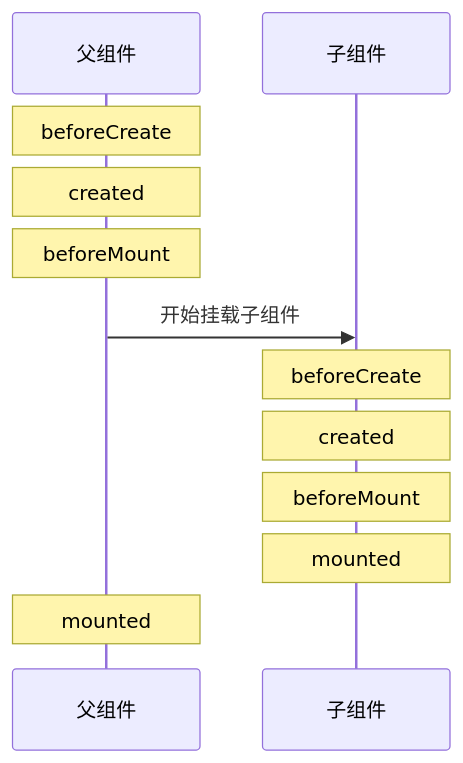
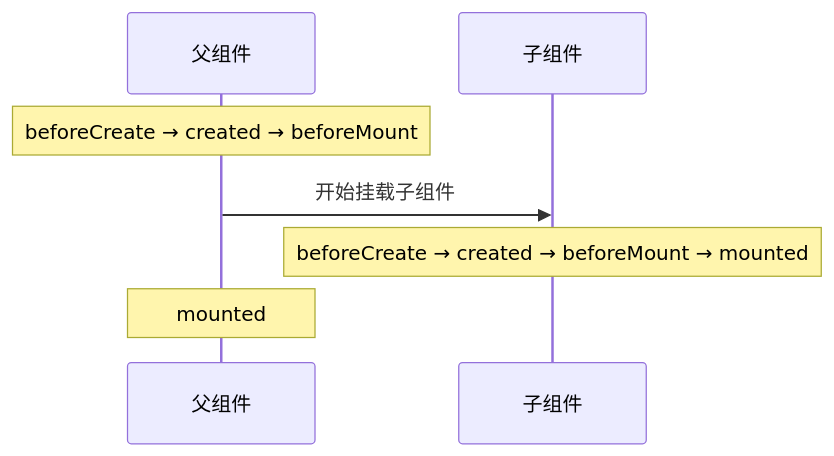
Before and after one commit to KMaybe01/common: diagram 19 of 38 in 00-基础常识/04-Vue-详解版.md, drawn with Mermaid. The commit also changed other lines of this file and 10 other files, not shown here.

````diff
--- a/00-基础常识/04-Vue-详解版.md
+++ b/00-基础常识/04-Vue-详解版.md
@@ -848,15 +1006,10 @@
 ```mermaid
 sequenceDiagram
     participant Parent as 父组件
     participant Child as 子组件
 
-    Note over Parent: beforeCreate
-    Note over Parent: created
-    Note over Parent: beforeMount
+    Note over Parent: beforeCreate → created → beforeMount
     Parent->>Child: 开始挂载子组件
-    Note over Child: beforeCreate
-    Note over Child: created
-    Note over Child: beforeMount
-    Note over Child: mounted
+    Note over Child: beforeCreate → created → beforeMount → mounted
     Note over Parent: mounted
 ```
````
